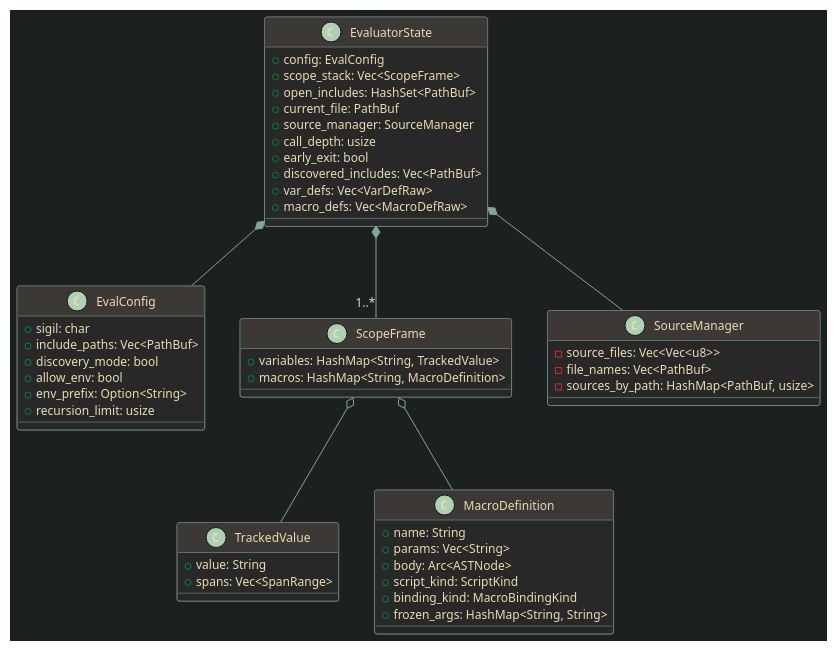
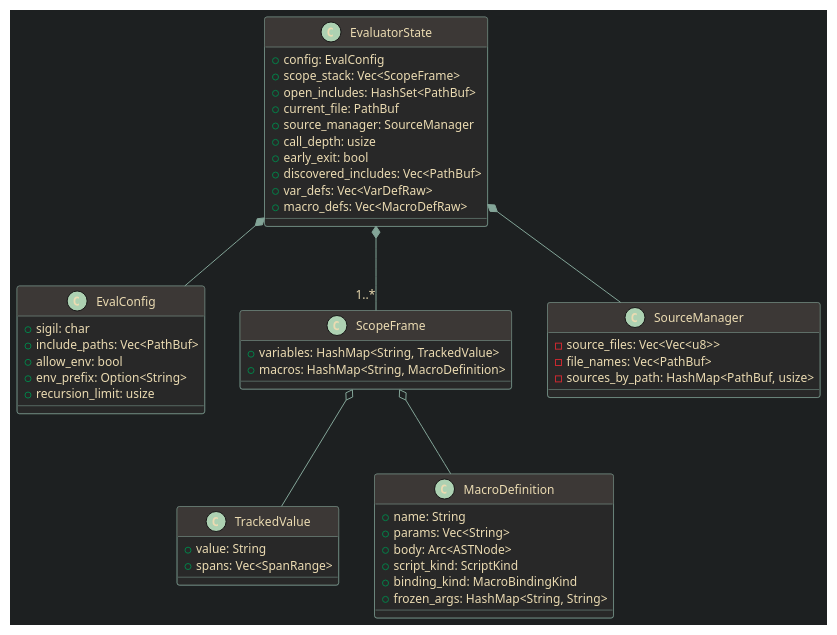
One commit to giannifer7/weaveback changed the diagram in crates/weaveback-macro/src/evaluator/state.adoc. Above: the diagram before and after it, drawn with PlantUML. The commit also changed other lines of this file and 21 other files, not shown here.

```diff
--- a/crates/weaveback-macro/src/evaluator/state.adoc
+++ b/crates/weaveback-macro/src/evaluator/state.adoc
@@ -54,67 +54,66 @@
 [plantuml,format=svg]
 ----
 @startuml
 skinparam backgroundColor #1d2021
 skinparam defaultFontColor #ebdbb2
 skinparam defaultFontSize 12
 skinparam ArrowColor #83a598
 skinparam ClassBorderColor #83a598
 skinparam ClassBackgroundColor #282828
 skinparam ClassFontColor #ebdbb2
 skinparam ClassHeaderBackgroundColor #3c3836
 skinparam ClassStereotypeFontColor #8ec07c
 
 class EvalConfig {
   +sigil: char
   +include_paths: Vec<PathBuf>
-  +discovery_mode: bool
   +allow_env: bool
   +env_prefix: Option<String>
   +recursion_limit: usize
 }
 
 class ScopeFrame {
   +variables: HashMap<String, TrackedValue>
   +macros: HashMap<String, MacroDefinition>
 }
 
 class TrackedValue {
   +value: String
   +spans: Vec<SpanRange>
 }
 
 class MacroDefinition {
   +name: String
   +params: Vec<String>
   +body: Arc<ASTNode>
   +script_kind: ScriptKind
   +binding_kind: MacroBindingKind
   +frozen_args: HashMap<String, String>
 }
 
 class SourceManager {
   -source_files: Vec<Vec<u8>>
   -file_names: Vec<PathBuf>
   -sources_by_path: HashMap<PathBuf, usize>
 }
 
 class EvaluatorState {
   +config: EvalConfig
   +scope_stack: Vec<ScopeFrame>
   +open_includes: HashSet<PathBuf>
   +current_file: PathBuf
   +source_manager: SourceManager
   +call_depth: usize
   +early_exit: bool
   +discovered_includes: Vec<PathBuf>
   +var_defs: Vec<VarDefRaw>
   +macro_defs: Vec<MacroDefRaw>
 }
 
 EvaluatorState *-- EvalConfig
 EvaluatorState *-- "1..*" ScopeFrame
 EvaluatorState *-- SourceManager
 ScopeFrame o-- TrackedValue
 ScopeFrame o-- MacroDefinition
 @enduml
 ----
```
